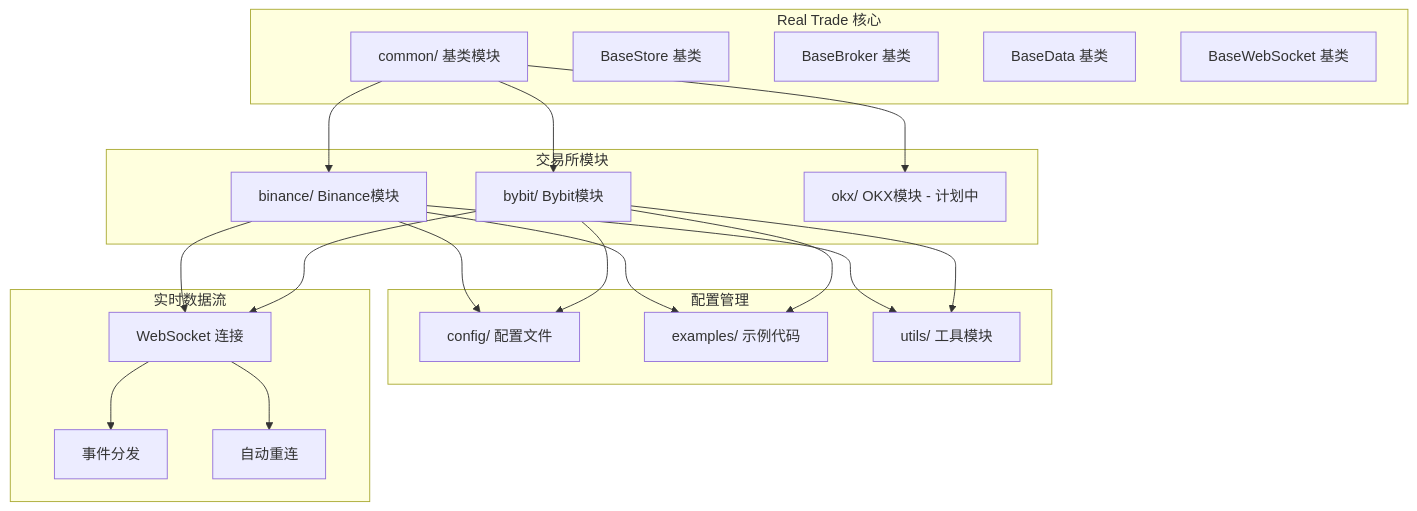
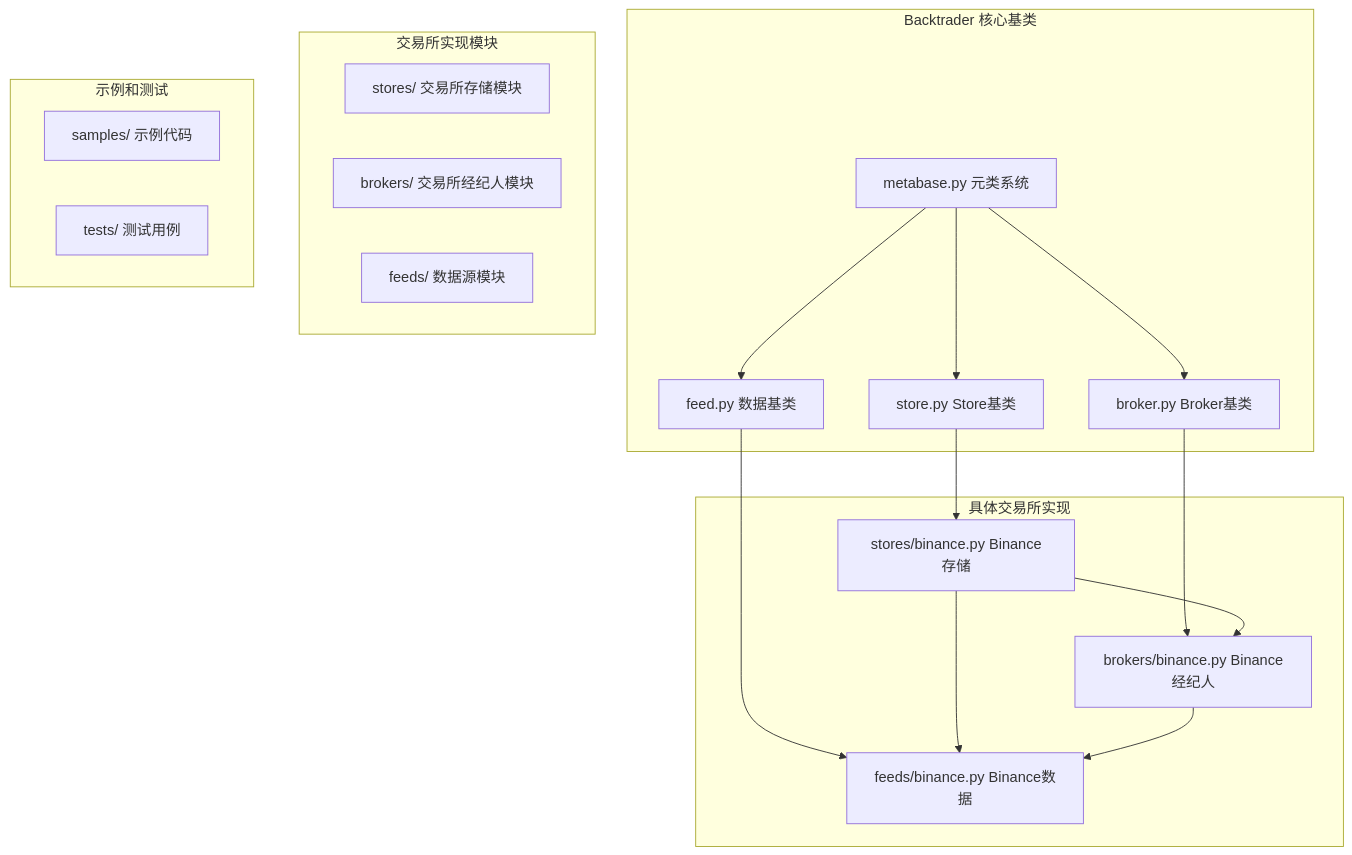
One commit to bench-prog/backtrader changed the first of 8 diagrams in .qoder/repowiki/zh/content/实盘交易模块/通用基类架构.md. Above: the diagram before and after it, drawn with Mermaid. The commit also changed other lines of this file and 23 other files, not shown here.

````diff
--- a/.qoder/repowiki/zh/content/实盘交易模块/通用基类架构.md
+++ b/.qoder/repowiki/zh/content/实盘交易模块/通用基类架构.md
@@ -51,38 +47,32 @@
 ```mermaid
 graph TB
-subgraph "Real Trade 核心"
-Common[common/ 基类模块]
-BaseStore[BaseStore 基类]
-BaseBroker[BaseBroker 基类]
-BaseData[BaseData 基类]
-BaseWebSocket[BaseWebSocket 基类]
+subgraph "Backtrader 核心基类"
+MetaBase[metabase.py 元类系统]
+Store[store.py Store基类]
+BrokerBase[broker.py Broker基类]
+AbstractDataBase[feed.py 数据基类]
 end
-subgraph "交易所模块"
-Binance[binance/ Binance模块]
-Bybit[bybit/ Bybit模块]
-OKX[okx/ OKX模块 - 计划中]
+subgraph "交易所实现模块"
+Stores[stores/ 交易所存储模块]
+Brokers[brokers/ 交易所经纪人模块]
+Feeds[feeds/ 数据源模块]
 end
-subgraph "配置管理"
-Config[config/ 配置文件]
-Examples[examples/ 示例代码]
-Utils[utils/ 工具模块]
+subgraph "具体交易所实现"
+BinanceStore[stores/binance.py Binance存储]
+BinanceBroker[brokers/binance.py Binance经纪人]
+BinanceData[feeds/binance.py Binance数据]
 end
-subgraph "实时数据流"
-WebSocket[WebSocket 连接]
-Events[事件分发]
-Reconnect[自动重连]
+subgraph "示例和测试"
+Samples[samples/ 示例代码]
+Tests[tests/ 测试用例]
 end
-Common --> Binance
-Common --> Bybit
-Common --> OKX
-Binance --> Config
-Binance --> Examples
-Binance --> Utils
-Binance --> WebSocket
-Bybit --> Config
-Bybit --> Examples
-Bybit --> Utils
-Bybit --> WebSocket
-WebSocket --> Events
-WebSocket --> Reconnect
+MetaBase --> Store
+MetaBase --> BrokerBase
+MetaBase --> AbstractDataBase
+Store --> BinanceStore
+BrokerBase --> BinanceBroker
+AbstractDataBase --> BinanceData
+BinanceStore --> BinanceBroker
+BinanceStore --> BinanceData
+BinanceBroker --> BinanceData
 ```
````
